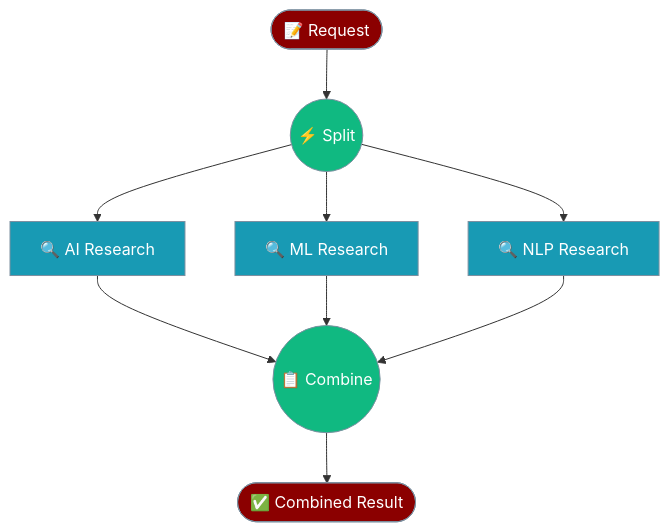
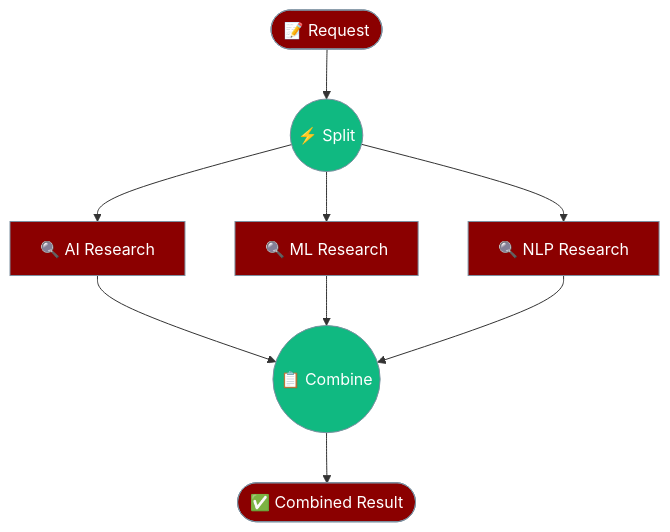
Before and after one commit to MervinPraison/PraisonAIDocs: the first of 5 diagrams in docs/guides/workflows/parallel.mdx, drawn with Mermaid. The commit also changed 36 other files, not shown here.

````diff
--- a/docs/guides/workflows/parallel.mdx
+++ b/docs/guides/workflows/parallel.mdx
@@ -11,22 +11,24 @@
 ```mermaid
 graph TB
     Input([📝 Request]) --> Split((⚡ Split))
     
     Split --> A1[🔍 AI Research]
     Split --> A2[🔍 ML Research]
     Split --> A3[🔍 NLP Research]
     
     A1 --> Merge((📋 Combine))
     A2 --> Merge
     A3 --> Merge
     
     Merge --> Output([✅ Combined Result])
     
     classDef io fill:#8B0000,stroke:#7C90A0,color:#fff
     classDef agent fill:#189AB4,stroke:#7C90A0,color:#fff
     classDef split fill:#10B981,stroke:#7C90A0,color:#fff
     
     class Input,Output io
     class A1,A2,A3 agent
     class Split,Merge split
+    classDef agent fill:#8B0000,color:#fff
+    classDef tool fill:#189AB4,color:#fff
 ```
````
